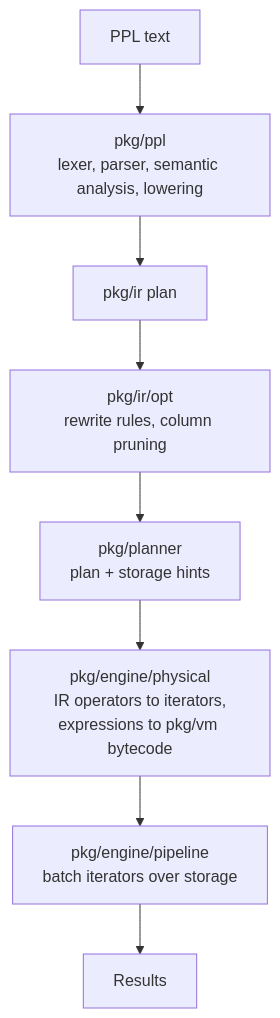
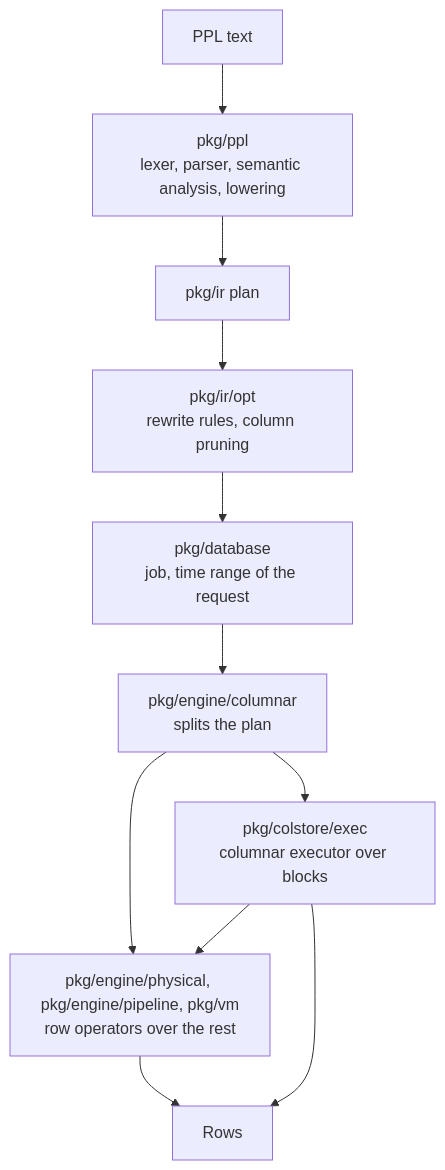
The diagram in docs/site/docs/architecture/query-engine.md (lynxbase/lynxdb), drawn with Mermaid before and after one commit. The commit also changed other lines of this file and 5 other files, not shown here.

Commit message:
docs: describe the architecture of the columnar core

````diff
--- a/docs/site/docs/architecture/query-engine.md
+++ b/docs/site/docs/architecture/query-engine.md
@@ -13,10 +13,13 @@
 ```mermaid
 flowchart TD
     A["PPL text"] --> B["pkg/ppl<br/>lexer, parser, semantic analysis, lowering"]
     B --> C["pkg/ir plan"]
     C --> D["pkg/ir/opt<br/>rewrite rules, column pruning"]
-    D --> E["pkg/planner<br/>plan + storage hints"]
-    E --> F["pkg/engine/physical<br/>IR operators to iterators,<br/>expressions to pkg/vm bytecode"]
-    F --> G["pkg/engine/pipeline<br/>batch iterators over storage"]
-    G --> H["Results"]
+    D --> E["pkg/database<br/>job, time range of the request"]
+    E --> F["pkg/engine/columnar<br/>splits the plan"]
+    F --> G["pkg/colstore/exec<br/>columnar executor over blocks"]
+    F --> H["pkg/engine/physical, pkg/engine/pipeline, pkg/vm<br/>row operators over the rest"]
+    G --> H
+    H --> I["Rows"]
+    G --> I
 ```
````
